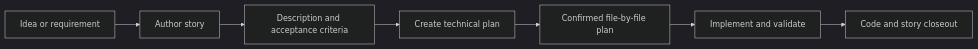
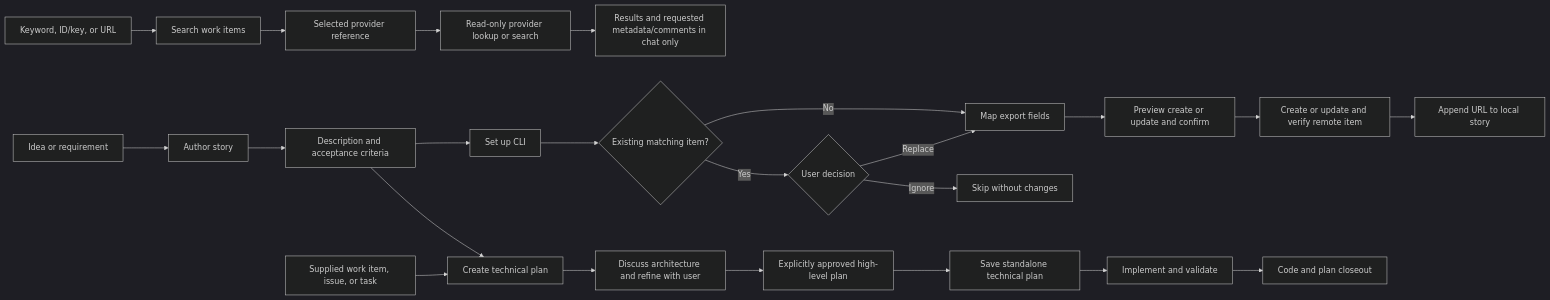
One commit to krprashantpk/krprashantpk-plugins changed the diagram in plugins/code-story/README.md. Above: the diagram before and after it, drawn with Mermaid (dark theme). The commit also changed other lines of this file and 18 other files, not shown here.

Commit message:
Added the instructions and renamed the code-story skills name

````diff
--- a/plugins/code-story/README.md
+++ b/plugins/code-story/README.md
@@ -9,9 +16,25 @@
 ```mermaid
 flowchart LR
+    Query[Keyword, ID/key, or URL] --> Search[Search work items]
+    Search --> Reference[Selected provider reference]
+    Reference --> Read[Read-only provider lookup or search]
+    Read --> Chat[Results and requested metadata/comments in chat only]
     Idea[Idea or requirement] --> Author[Author story]
     Author --> Story[Description and acceptance criteria]
+    Story --> Export[Set up CLI]
+    Export --> Duplicate{Existing matching item?}
+    Duplicate -- No --> Mapping[Map export fields]
+    Duplicate -- Yes --> Choice{User decision}
+    Choice -- Ignore --> Skipped[Skip without changes]
+    Choice -- Replace --> Mapping
+    Mapping --> Preview[Preview create or update and confirm]
+    Preview --> Remote[Create or update and verify remote item]
+    Remote --> Link[Append URL to local story]
     Story --> Plan[Create technical plan]
-    Plan --> Approved[Confirmed file-by-file plan]
-    Approved --> Implement[Implement and validate]
-    Implement --> Delivered[Code and story closeout]
+    WorkItem[Supplied work item, issue, or task] --> Plan
+    Plan --> Review[Discuss architecture and refine with user]
+    Review --> Approved[Explicitly approved high-level plan]
+    Approved --> Saved[Save standalone technical plan]
+    Saved --> Implement[Implement and validate]
+    Implement --> Delivered[Code and plan closeout]
 ```
````
